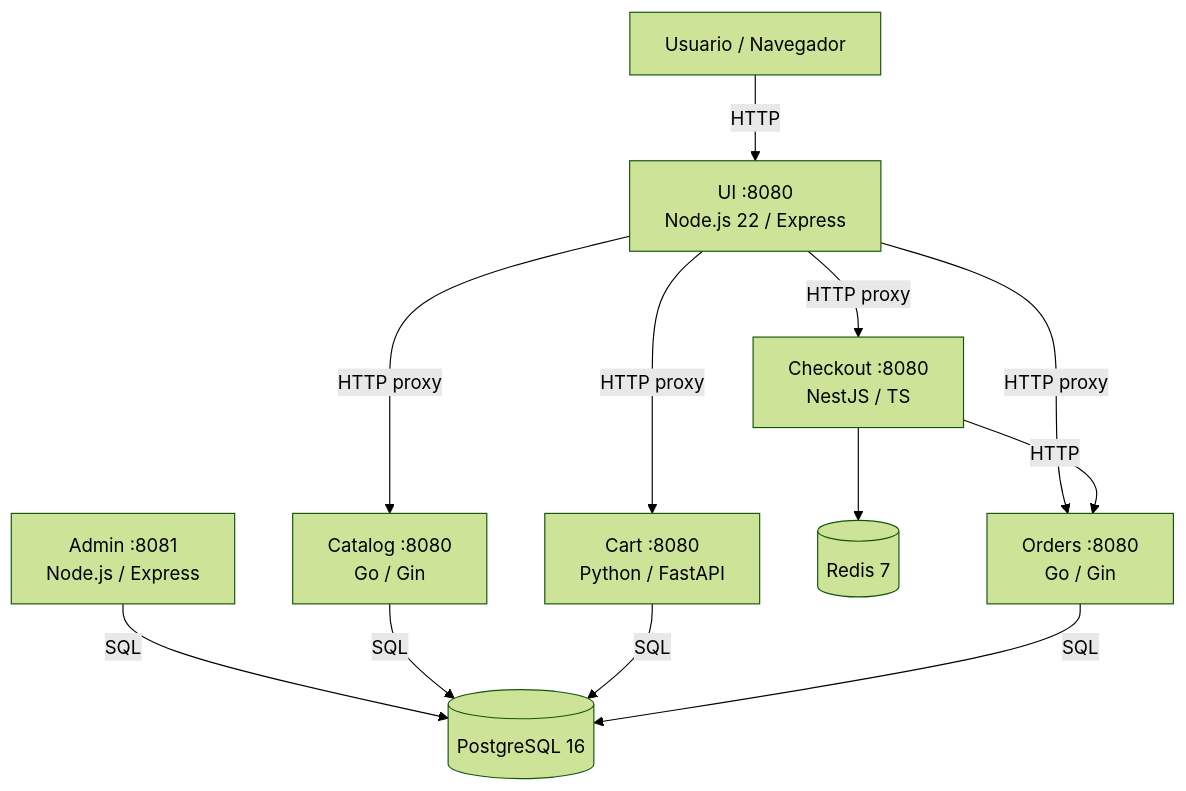
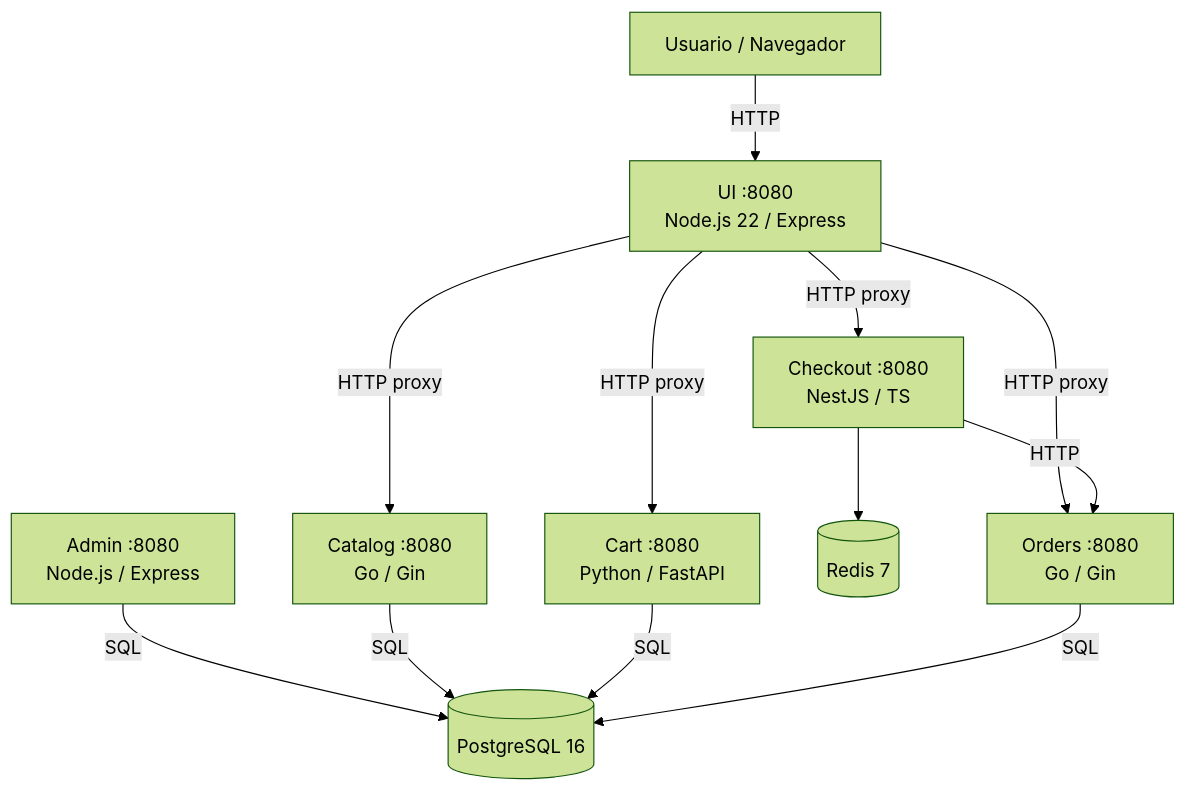
Before and after one commit to Luis-Mendaro/RetailStore-Obligatorio: the first of 4 diagrams in README.md, drawn with Mermaid (forest theme). The commit also changed 1 other file, not shown here.

Commit message:
docs: corregir diagramas — ALBs en ambas subnets, admin puerto 8080 (#21) (#22)

````diff
--- a/README.md
+++ b/README.md
@@ -11,14 +11,14 @@
 ```mermaid
 graph TD
     User["Usuario / Navegador"] -->|HTTP| UI["UI :8080\nNode.js 22 / Express"]
     UI -->|HTTP proxy| Catalog["Catalog :8080\nGo / Gin"]
     UI -->|HTTP proxy| Cart["Cart :8080\nPython / FastAPI"]
     UI -->|HTTP proxy| Checkout["Checkout :8080\nNestJS / TS"]
     UI -->|HTTP proxy| Orders["Orders :8080\nGo / Gin"]
     Checkout -->|HTTP| Orders
     Checkout --> Redis[(Redis 7)]
-    Admin["Admin :8081\nNode.js / Express"] -->|SQL| DB[(PostgreSQL 16)]
+    Admin["Admin :8080\nNode.js / Express"] -->|SQL| DB[(PostgreSQL 16)]
     Catalog -->|SQL| DB
     Cart -->|SQL| DB
     Orders -->|SQL| DB
 ```
````
